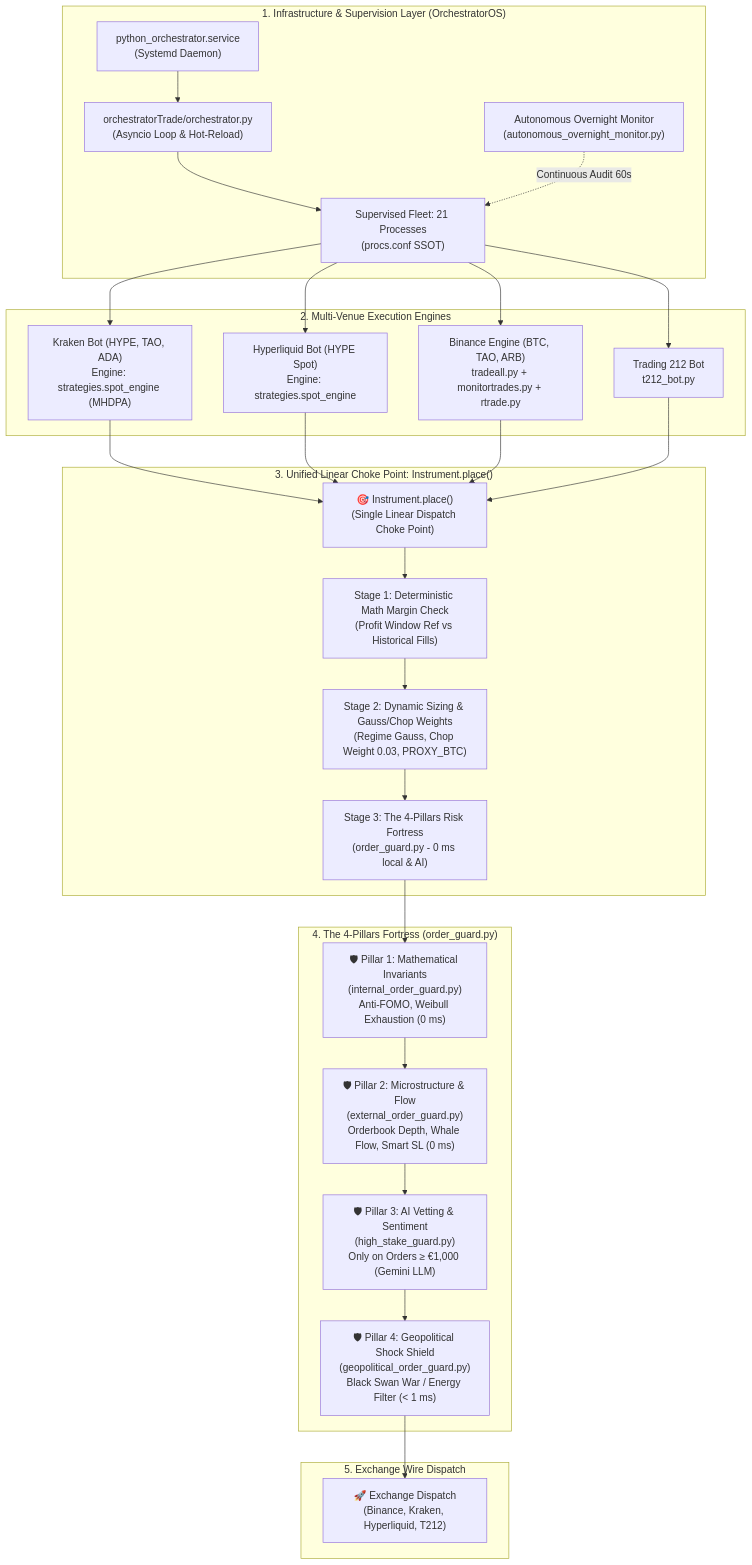
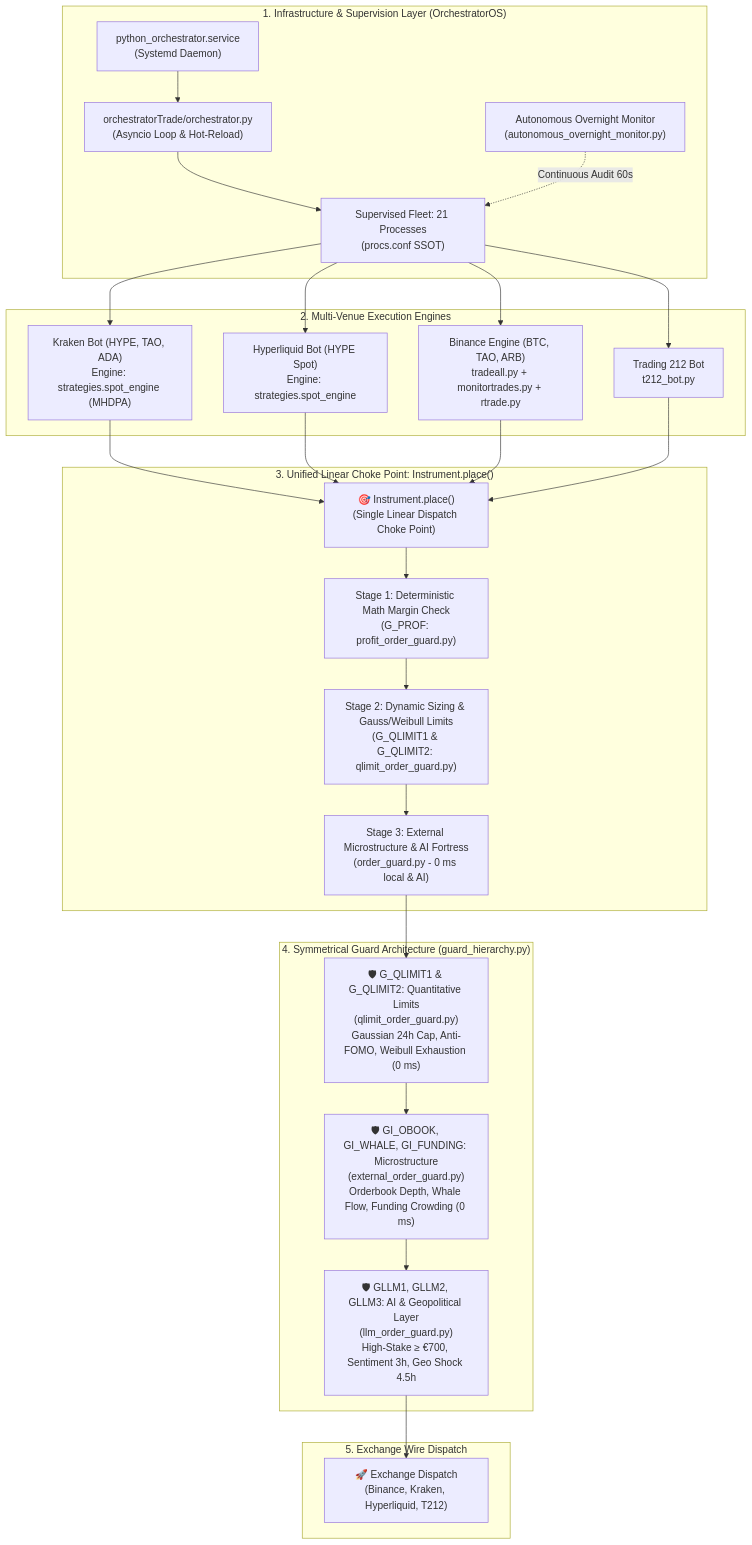
The first of 2 diagrams in README.md (mpredut/mptrade), drawn with Mermaid before and after one commit. The commit also changed other lines of this file and 27 other files, not shown here.

Commit message:
refactor(guards): unify 6-category guard hierarchy, calibrate Weibull vs Gaussian, and restore monitororder behavior

````diff
--- a/README.md
+++ b/README.md
@@ -12,33 +12,32 @@
 ```mermaid
 flowchart TD
     subgraph Infrastructure ["1. Infrastructure & Supervision Layer (OrchestratorOS)"]
         SVC["python_orchestrator.service\n(Systemd Daemon)"] --> ORCH["orchestratorTrade/orchestrator.py\n(Asyncio Loop & Hot-Reload)"]
         ORCH --> FLEET["Supervised Fleet: 21 Processes\n(procs.conf SSOT)"]
         MON["Autonomous Overnight Monitor\n(autonomous_overnight_monitor.py)"] -.->|Continuous Audit 60s| FLEET
     end
 
     subgraph Engines ["2. Multi-Venue Execution Engines"]
         FLEET --> KRAKEN["Kraken Bot (HYPE, TAO, ADA)\nEngine: strategies.spot_engine (MHDPA)"]
         FLEET --> HL["Hyperliquid Bot (HYPE Spot)\nEngine: strategies.spot_engine"]
         FLEET --> BINANCE["Binance Engine (BTC, TAO, ARB)\ntradeall.py + monitortrades.py + rtrade.py"]
         FLEET --> T212["Trading 212 Bot\nt212_bot.py"]
     end
 
     subgraph ChokePoint ["3. Unified Linear Choke Point: Instrument.place()"]
         KRAKEN & HL & BINANCE & T212 --> PLACE["🎯 Instrument.place()\n(Single Linear Dispatch Choke Point)"]
-        PLACE --> STAGE1["Stage 1: Deterministic Math Margin Check\n(Profit Window Ref vs Historical Fills)"]
-        STAGE1 --> STAGE2["Stage 2: Dynamic Sizing & Gauss/Chop Weights\n(Regime Gauss, Chop Weight 0.03, PROXY_BTC)"]
-        STAGE2 --> STAGE3["Stage 3: The 4-Pillars Risk Fortress\n(order_guard.py - 0 ms local & AI)"]
+        PLACE --> STAGE1["Stage 1: Deterministic Math Margin Check\n(G_PROF: profit_order_guard.py)"]
+        STAGE1 --> STAGE2["Stage 2: Dynamic Sizing & Gauss/Weibull Limits\n(G_QLIMIT1 & G_QLIMIT2: qlimit_order_guard.py)"]
+        STAGE2 --> STAGE3["Stage 3: External Microstructure & AI Fortress\n(order_guard.py - 0 ms local & AI)"]
     end
 
-    subgraph Pillars ["4. The 4-Pillars Fortress (order_guard.py)"]
-        STAGE3 --> P1["🛡 Pillar 1: Mathematical Invariants\n(internal_order_guard.py)\nAnti-FOMO, Weibull Exhaustion (0 ms)"]
-        P1 --> P2["🛡 Pillar 2: Microstructure & Flow\n(external_order_guard.py)\nOrderbook Depth, Whale Flow, Smart SL (0 ms)"]
-        P2 --> P3["🛡 Pillar 3: AI Vetting & Sentiment\n(high_stake_guard.py)\nOnly on Orders ≥ €1,000 (Gemini LLM)"]
-        P3 --> P4["🛡 Pillar 4: Geopolitical Shock Shield\n(geopolitical_order_guard.py)\nBlack Swan War / Energy Filter (< 1 ms)"]
+    subgraph Pillars ["4. Symmetrical Guard Architecture (guard_hierarchy.py)"]
+        STAGE3 --> P1["🛡 G_QLIMIT1 & G_QLIMIT2: Quantitative Limits\n(qlimit_order_guard.py)\nGaussian 24h Cap, Anti-FOMO, Weibull Exhaustion (0 ms)"]
+        P1 --> P2["🛡 GI_OBOOK, GI_WHALE, GI_FUNDING: Microstructure\n(external_order_guard.py)\nOrderbook Depth, Whale Flow, Funding Crowding (0 ms)"]
+        P2 --> P3["🛡 GLLM1, GLLM2, GLLM3: AI & Geopolitical Layer\n(llm_order_guard.py)\nHigh-Stake ≥ €700, Sentiment 3h, Geo Shock 4.5h"]
     end
 
     subgraph Execution ["5. Exchange Wire Dispatch"]
-        P4 --> DISPATCH["🚀 Exchange Dispatch\n(Binance, Kraken, Hyperliquid, T212)"]
+        P3 --> DISPATCH["🚀 Exchange Dispatch\n(Binance, Kraken, Hyperliquid, T212)"]
     end
 ```
````
